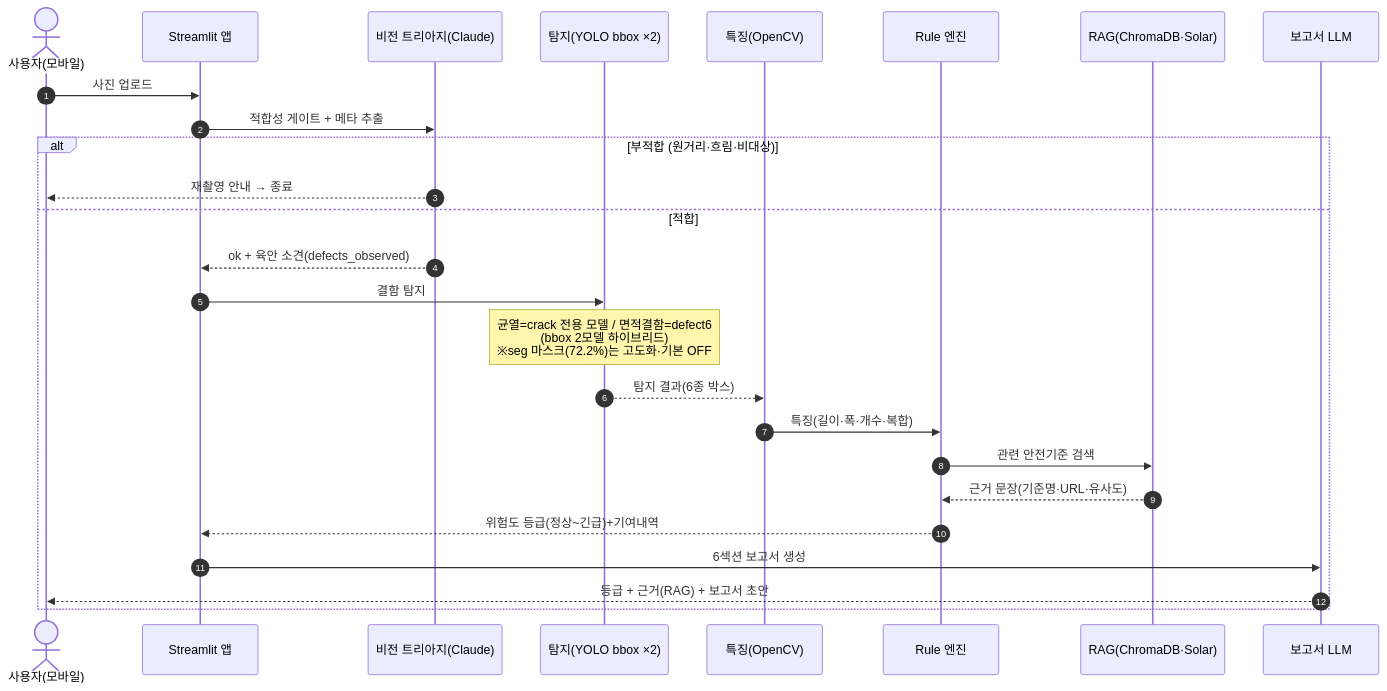
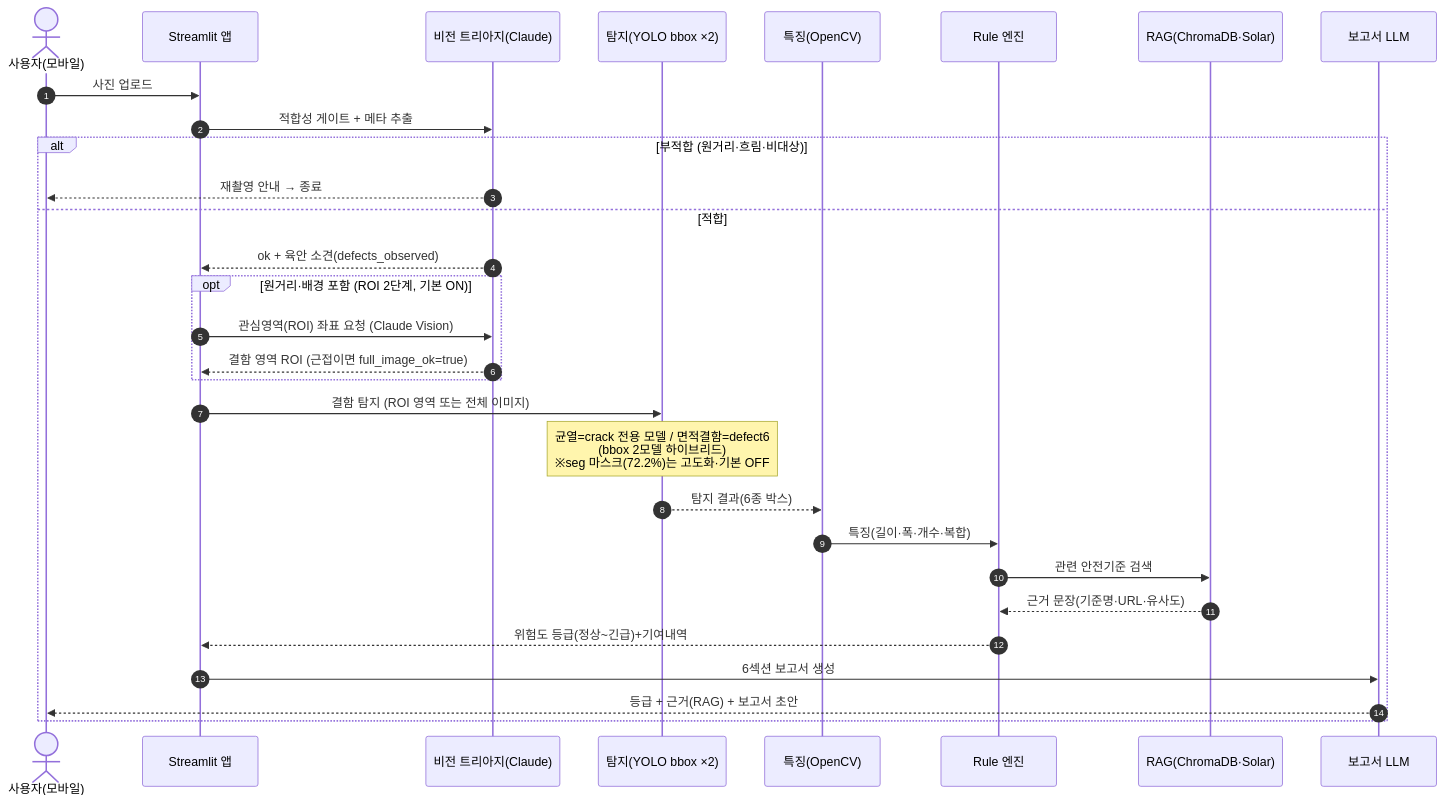
The diagram in diagrams/시퀀스다이어그램.mmd (LeeHome2/AI_crack_detection), drawn with Mermaid before and after one commit. The commit also changed 7 other files, not shown here.

```diff
--- a/diagrams/시퀀스다이어그램.mmd
+++ b/diagrams/시퀀스다이어그램.mmd
@@ -1,26 +1,30 @@
 sequenceDiagram
   autonumber
   actor U as 사용자(모바일)
   participant App as Streamlit 앱
   participant T as 비전 트리아지(Claude)
   participant D as 탐지(YOLO bbox ×2)
   participant F as 특징(OpenCV)
   participant R as Rule 엔진
   participant K as RAG(ChromaDB·Solar)
   participant L as 보고서 LLM
   U->>App: 사진 업로드
   App->>T: 적합성 게이트 + 메타 추출
   alt 부적합 (원거리·흐림·비대상)
     T-->>U: 재촬영 안내 → 종료
   else 적합
     T-->>App: ok + 육안 소견(defects_observed)
-    App->>D: 결함 탐지
+    opt 원거리·배경 포함 (ROI 2단계, 기본 ON)
+      App->>T: 관심영역(ROI) 좌표 요청 (Claude Vision)
+      T-->>App: 결함 영역 ROI (근접이면 full_image_ok=true)
+    end
+    App->>D: 결함 탐지 (ROI 영역 또는 전체 이미지)
     Note over D: 균열=crack 전용 모델 / 면적결함=defect6<br/>(bbox 2모델 하이브리드)<br/>※seg 마스크(72.2%)는 고도화·기본 OFF
     D-->>F: 탐지 결과(6종 박스)
     F->>R: 특징(길이·폭·개수·복합)
     R->>K: 관련 안전기준 검색
     K-->>R: 근거 문장(기준명·URL·유사도)
     R-->>App: 위험도 등급(정상~긴급)+기여내역
     App->>L: 6섹션 보고서 생성
     L-->>U: 등급 + 근거(RAG) + 보고서 초안
   end
```
